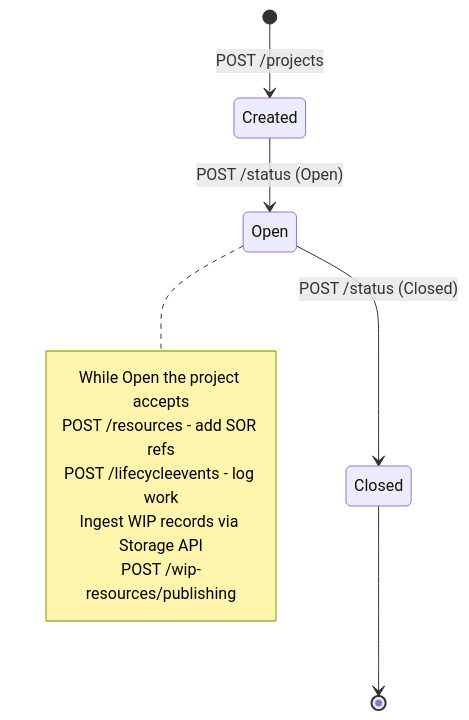
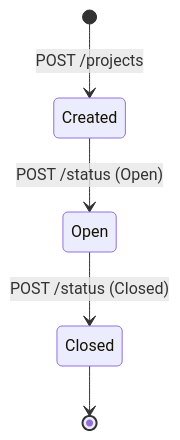
The second of 6 diagrams in md/PWS.md (marcusapel/ores), drawn with Mermaid before and after one commit. The commit also changed other lines of this file and 1 other file, not shown here.

````diff
--- a/md/PWS.md
+++ b/md/PWS.md
@@ -145,15 +73,7 @@
 ```mermaid
 stateDiagram-v2
     [*] --> Created : POST /projects
     Created --> Open : POST /status (Open)
     Open --> Closed : POST /status (Closed)
     Closed --> [*]
-
-    note right of Open
-        While Open the project accepts
-        POST /resources - add SOR refs
-        POST /lifecycleevents - log work
-        Ingest WIP records via Storage API
-        POST /wip-resources/publishing
-    end note
 ```
````
